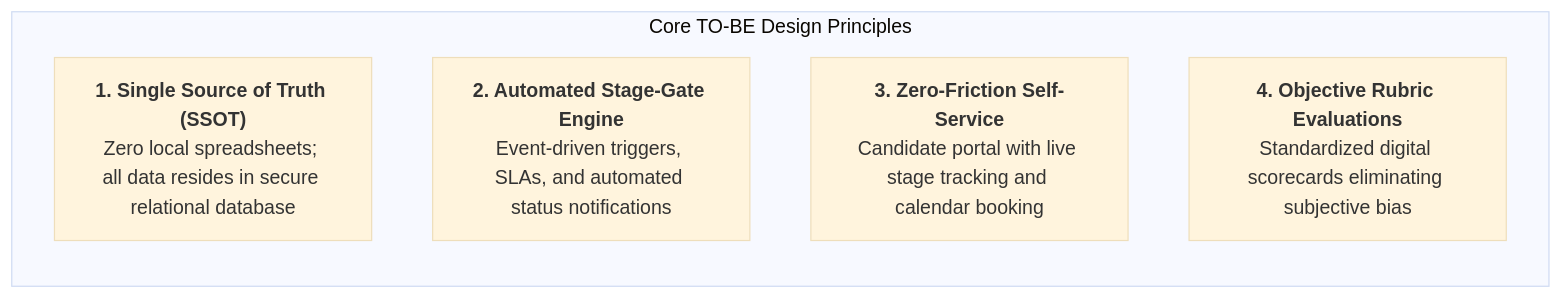
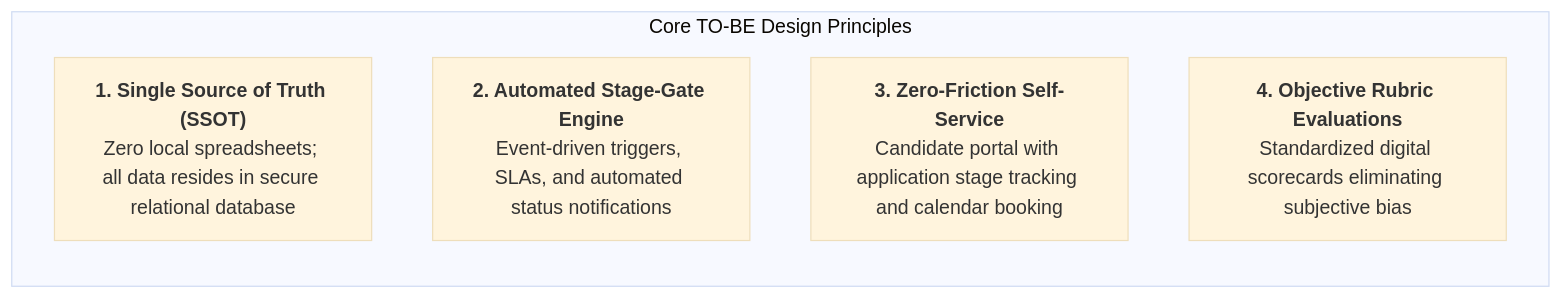
Before and after one commit to namrathach10/recruitment-ats-business-analysis: the first of 5 diagrams in docs/03-to-be-design.md, drawn with Mermaid (base theme). The commit also changed other lines of this file and 5 other files, not shown here.

````diff
--- a/docs/03-to-be-design.md
+++ b/docs/03-to-be-design.md
@@ -20,9 +20,9 @@
 ```mermaid
 flowchart LR
     subgraph Core TO-BE Design Principles
         P1["<b>1. Single Source of Truth (SSOT)</b><br/>Zero local spreadsheets; all data resides in secure relational database"]
         P2["<b>2. Automated Stage-Gate Engine</b><br/>Event-driven triggers, SLAs, and automated status notifications"]
-        P3["<b>3. Zero-Friction Self-Service</b><br/>Candidate portal with live stage tracking and calendar booking"]
+        P3["<b>3. Zero-Friction Self-Service</b><br/>Candidate portal with application stage tracking and calendar booking"]
         P4["<b>4. Objective Rubric Evaluations</b><br/>Standardized digital scorecards eliminating subjective bias"]
     end
 ```
````
